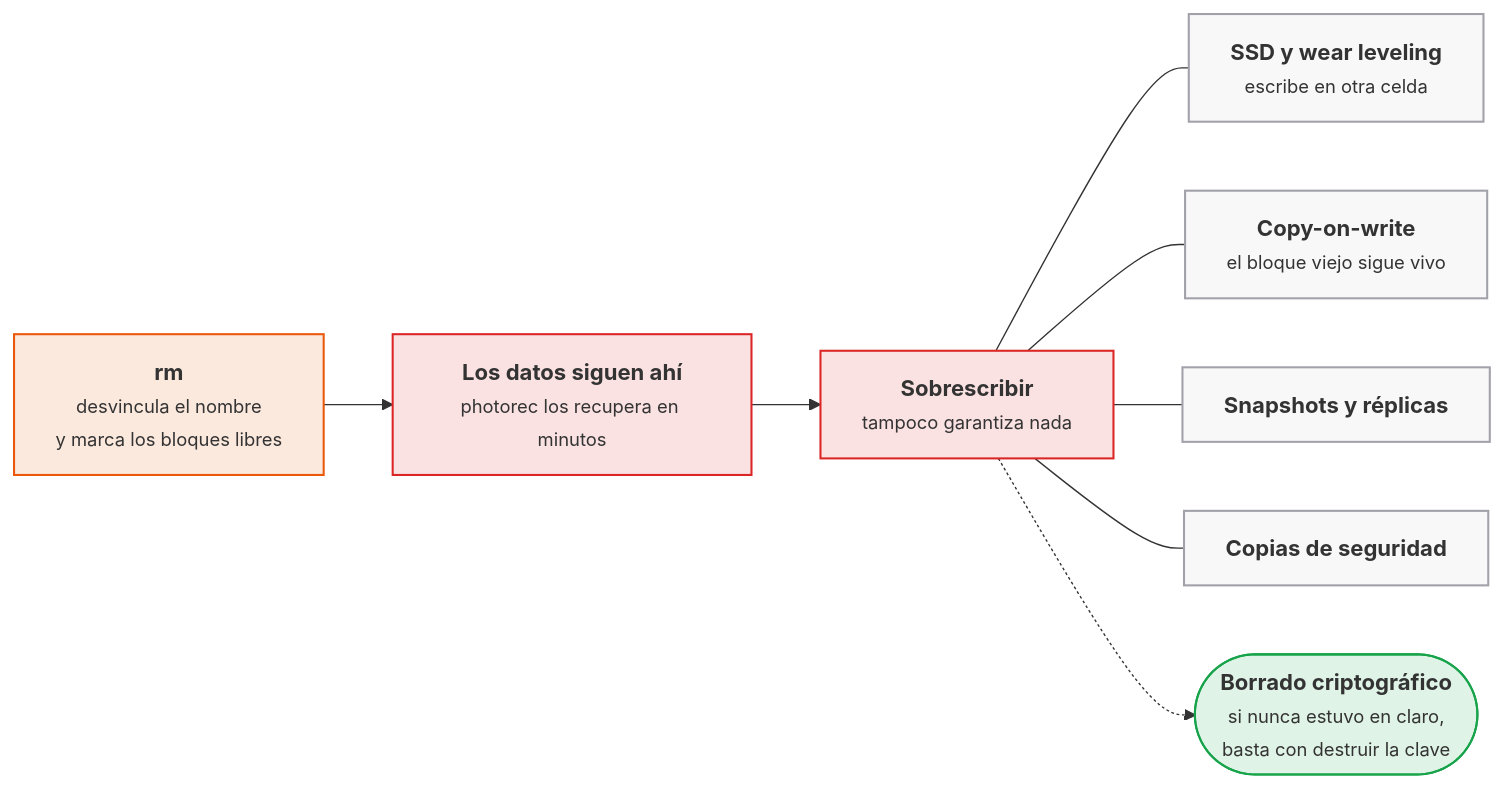
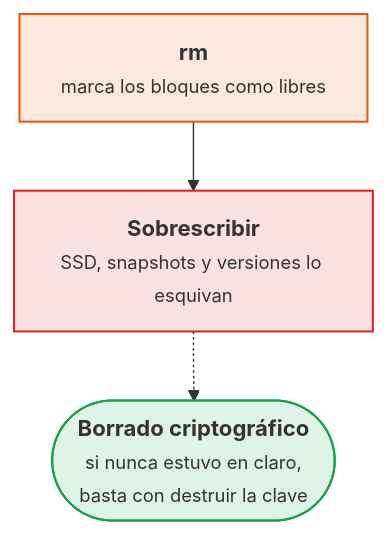
One commit to victor-educ/apuntes-5169 changed the fifth of 5 diagrams in docs/ut/ut8-terminacion-segura.md. Above: the diagram before and after it, drawn with Mermaid. The commit also changed other lines of this file and 6 other files, not shown here.

````diff
--- a/docs/ut/ut8-terminacion-segura.md
+++ b/docs/ut/ut8-terminacion-segura.md
@@ -560,20 +642,10 @@
 ```mermaid
-flowchart LR
-    RM["<b>rm</b><br><small>desvincula el nombre<br>y marca los bloques libres</small>"]:::act
-    D["<b>Los datos siguen ahí</b><br><small>photorec los recupera en minutos</small>"]:::riesgo
-    SOB["<b>Sobrescribir</b><br><small>tampoco garantiza nada</small>"]:::riesgo
-    M1["<b>SSD y wear leveling</b><br><small>escribe en otra celda</small>"]:::infra
-    M2["<b>Copy-on-write</b><br><small>el bloque viejo sigue vivo</small>"]:::infra
-    M3["<b>Snapshots y réplicas</b>"]:::infra
-    M4["<b>Copias de seguridad</b>"]:::infra
+flowchart TB
+    RM["<b>rm</b><br><small>marca los bloques como libres</small>"]:::act
+    SOB["<b>Sobrescribir</b><br><small>SSD, snapshots y versiones lo esquivan</small>"]:::riesgo
     CIF(["<b>Borrado criptográfico</b><br><small>si nunca estuvo en claro,<br>basta con destruir la clave</small>"]):::ok
-    RM --> D --> SOB
-    SOB --- M1 & M2 & M3 & M4
-    SOB -.-> CIF
+    RM --> SOB -.-> CIF
     classDef act fill:#ea580c22,stroke:#ea580c,stroke-width:1.5px
-    classDef pieza fill:#64748b22,stroke:#64748b,stroke-width:1.5px
-    classDef dato fill:#2563eb22,stroke:#2563eb,stroke-width:1.5px
-    classDef infra fill:#a1a1aa14,stroke:#a1a1aa,stroke-width:1.5px
     classDef ok fill:#16a34a22,stroke:#16a34a,stroke-width:1.5px
     classDef riesgo fill:#dc262622,stroke:#dc2626,stroke-width:1.5px
 ```
````
